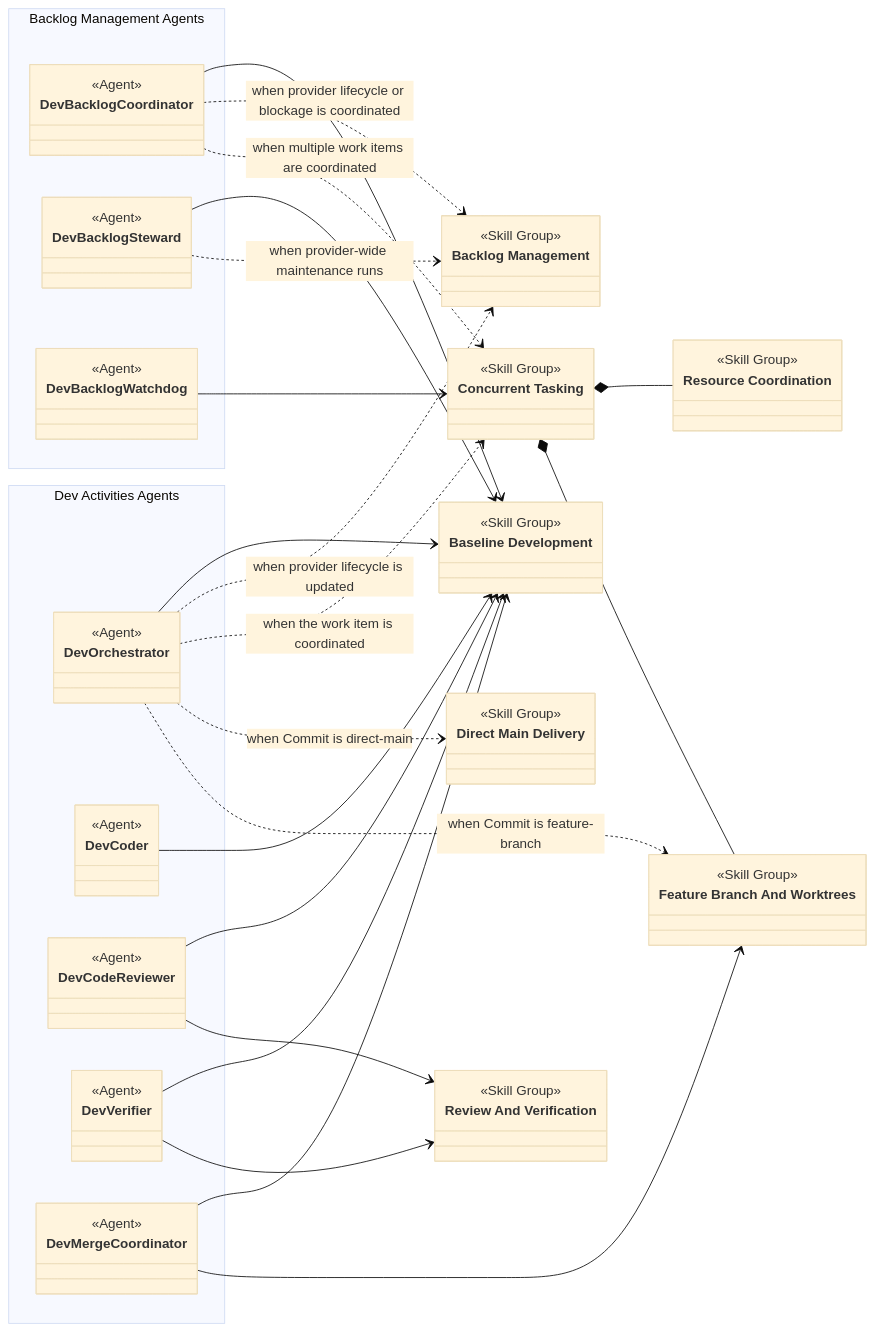
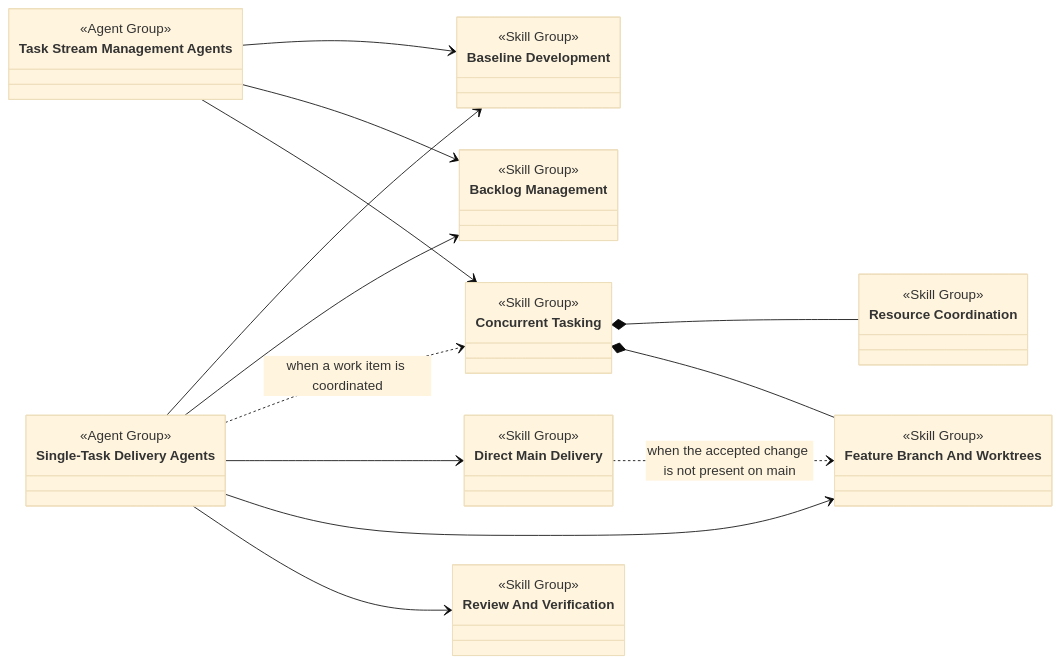
One commit to martinbechard/dev-methodology changed the second of 8 diagrams in design/skill-groups/concurrent-tasking.md. Above: the diagram before and after it, drawn with Mermaid (base theme). The commit also changed other lines of this file, not shown here.

Commit message:
Clarify concurrent tasking agent groups

````diff
--- a/design/skill-groups/concurrent-tasking.md
+++ b/design/skill-groups/concurrent-tasking.md
@@ -68,78 +70,48 @@
 ```mermaid
 classDiagram
     direction LR
 
-    namespace BacklogManagementAgents["Backlog Management Agents"] {
-        class DevBacklogCoordinator {
-            <<Agent>>
-        }
-        class DevBacklogSteward {
-            <<Agent>>
-        }
-        class DevBacklogWatchdog {
-            <<Agent>>
-        }
+    class TaskStreamManagementAgents["Task Stream Management Agents"] {
+        <<Agent Group>>
     }
 
-    namespace DevActivitiesAgents["Dev Activities Agents"] {
-        class DevOrchestrator {
-            <<Agent>>
-        }
-        class DevCoder {
-            <<Agent>>
-        }
-        class DevCodeReviewer {
-            <<Agent>>
-        }
-        class DevVerifier {
-            <<Agent>>
-        }
-        class DevMergeCoordinator {
-            <<Agent>>
-        }
+    class SingleTaskDeliveryAgents["Single-Task Delivery Agents"] {
+        <<Agent Group>>
     }
 
     class BaselineDevelopment["Baseline Development"] {
         <<Skill Group>>
     }
     class BacklogManagement["Backlog Management"] {
         <<Skill Group>>
     }
     class ConcurrentTasking["Concurrent Tasking"] {
         <<Skill Group>>
     }
     class ResourceCoordination["Resource Coordination"] {
         <<Skill Group>>
     }
     class FeatureBranchAndWorktrees["Feature Branch And Worktrees"] {
         <<Skill Group>>
     }
     class DirectMainDelivery["Direct Main Delivery"] {
         <<Skill Group>>
     }
     class ReviewAndVerification["Review And Verification"] {
         <<Skill Group>>
     }
 
-    DevBacklogCoordinator --> BaselineDevelopment
-    DevBacklogCoordinator ..> BacklogManagement : when provider lifecycle or blockage is coordinated
-    DevBacklogCoordinator ..> ConcurrentTasking : when multiple work items are coordinated
-    DevBacklogSteward --> BaselineDevelopment
-    DevBacklogSteward ..> BacklogManagement : when provider-wide maintenance runs
-    DevBacklogWatchdog --> ConcurrentTasking
-    DevOrchestrator --> BaselineDevelopment
-    DevOrchestrator ..> BacklogManagement : when provider lifecycle is updated
-    DevOrchestrator ..> ConcurrentTasking : when the work item is coordinated
-    DevOrchestrator ..> DirectMainDelivery : when Commit is direct-main
-    DevOrchestrator ..> FeatureBranchAndWorktrees : when Commit is feature-branch
-    DevCoder --> BaselineDevelopment
-    DevCodeReviewer --> BaselineDevelopment
-    DevCodeReviewer --> ReviewAndVerification
-    DevVerifier --> BaselineDevelopment
-    DevVerifier --> ReviewAndVerification
-    DevMergeCoordinator --> BaselineDevelopment
-    DevMergeCoordinator --> FeatureBranchAndWorktrees
+    TaskStreamManagementAgents --> BaselineDevelopment
+    TaskStreamManagementAgents --> BacklogManagement
+    TaskStreamManagementAgents --> ConcurrentTasking
+    SingleTaskDeliveryAgents --> BaselineDevelopment
+    SingleTaskDeliveryAgents --> BacklogManagement
+    SingleTaskDeliveryAgents ..> ConcurrentTasking : when a work item is coordinated
+    SingleTaskDeliveryAgents --> DirectMainDelivery
+    SingleTaskDeliveryAgents --> FeatureBranchAndWorktrees
+    SingleTaskDeliveryAgents --> ReviewAndVerification
 
     ConcurrentTasking *-- ResourceCoordination
     ConcurrentTasking *-- FeatureBranchAndWorktrees
+    DirectMainDelivery ..> FeatureBranchAndWorktrees : when the accepted change is not present on main
 ```
````
